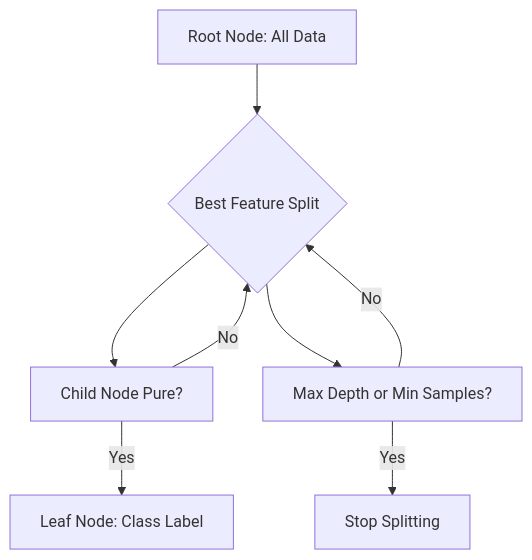
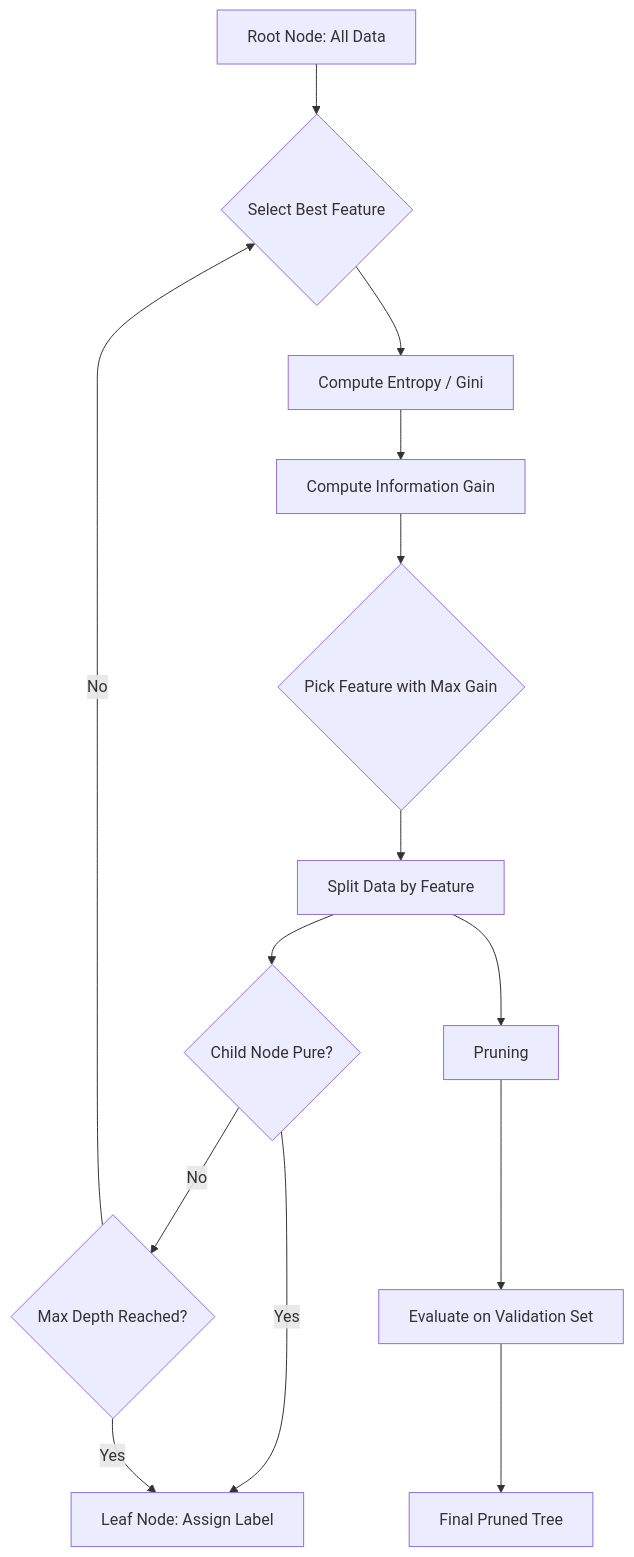
One commit to Raushan666java/ai-engineering-journey changed the first of 3 diagrams in docs/courses/machine-learning/04-decision-trees.md. Above: the diagram before and after it, drawn with Mermaid. The commit also changed other lines of this file and 41 other files, not shown here.

````diff
--- a/docs/courses/machine-learning/04-decision-trees.md
+++ b/docs/courses/machine-learning/04-decision-trees.md
@@ -27,10 +34,16 @@
 ```mermaid
 flowchart TD
-    A[Root Node: All Data] --> B{Best Feature Split}
-    B --> C[Child Node Pure?]
-    C -->|Yes| D[Leaf Node: Class Label]
-    C -->|No| B
-    B --> E[Max Depth or Min Samples?]
-    E -->|Yes| F[Stop Splitting]
-    E -->|No| B
+    A[Root Node: All Data] --> B{Select Best Feature}
+    B --> C[Compute Entropy / Gini]
+    C --> D[Compute Information Gain]
+    D --> E{Pick Feature with Max Gain}
+    E --> F[Split Data by Feature]
+    F --> G{Child Node Pure?}
+    G -->|Yes| H[Leaf Node: Assign Label]
+    G -->|No| I{Max Depth Reached?}
+    I -->|No| B
+    I -->|Yes| H
+    F --> J[Pruning]
+    J --> K[Evaluate on Validation Set]
+    K --> L[Final Pruned Tree]
 ```
````
